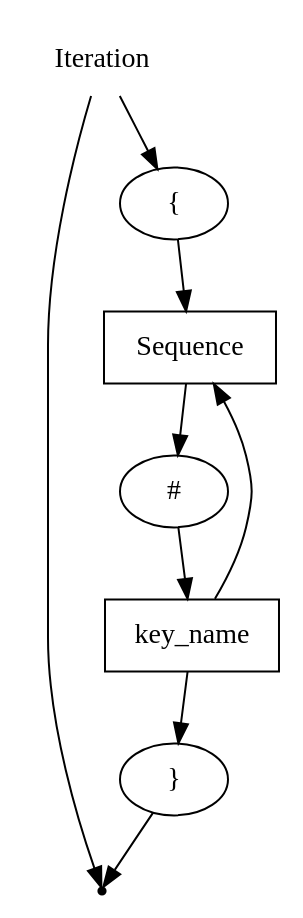
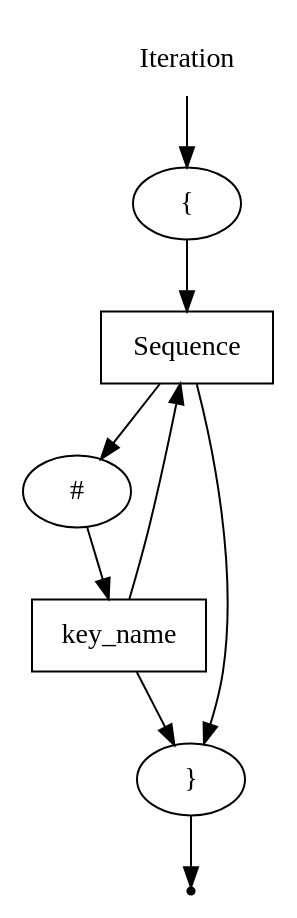
One commit to EgorGoluzin/DSL changed the diagram in DSLTools/examples/rbnf/wirth/Iteration.gv. Above: the diagram before and after it, drawn with Graphviz. The commit also changed 3 other files, not shown here.

```diff
--- a/DSLTools/examples/rbnf/wirth/Iteration.gv
+++ b/DSLTools/examples/rbnf/wirth/Iteration.gv
@@ -1,17 +1,17 @@
 digraph Iteration {
     start [label = "Iteration" shape = plaintext];
     end [label = "" shape = point];
     A [label = "Sequence" shape = box];
     B [label = "#" shape = oval];
     C [label = "key_name" shape = box];
     E [label = "{" shape = oval];
     F [label = "}" shape = oval];
     start -> E;
-    start -> end;
     E -> A;
     A -> B;
     B -> C;
     C -> F;
     C -> A;
+    A -> F;
     F -> end;
 }
```
